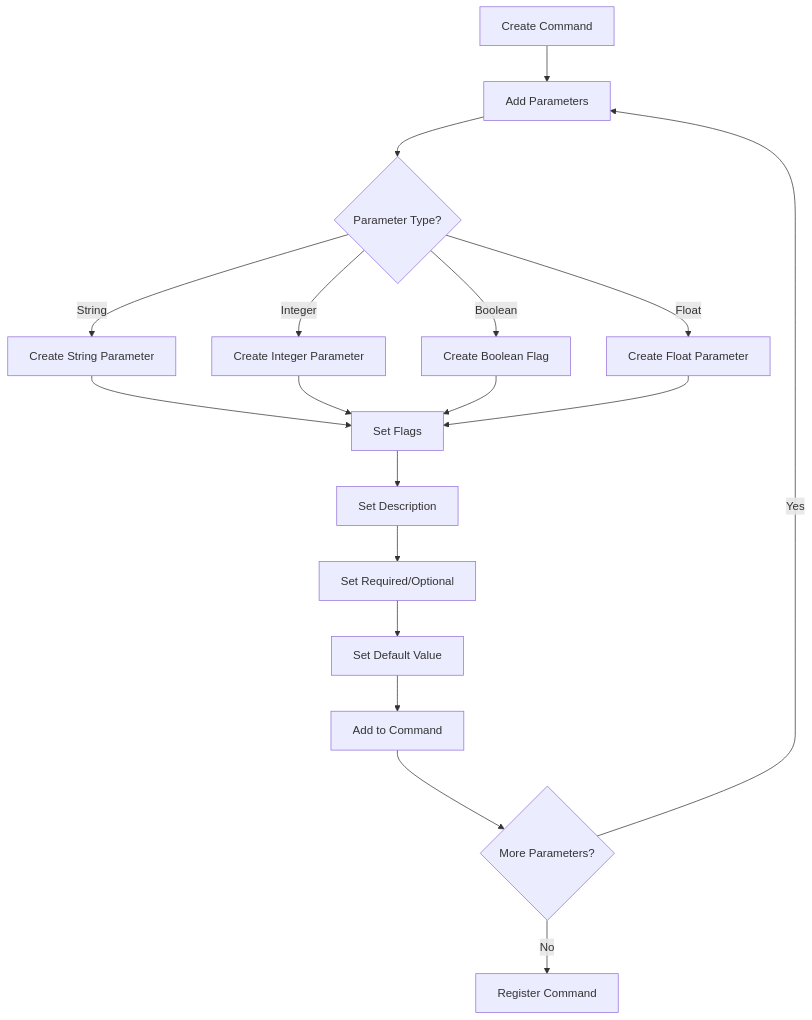
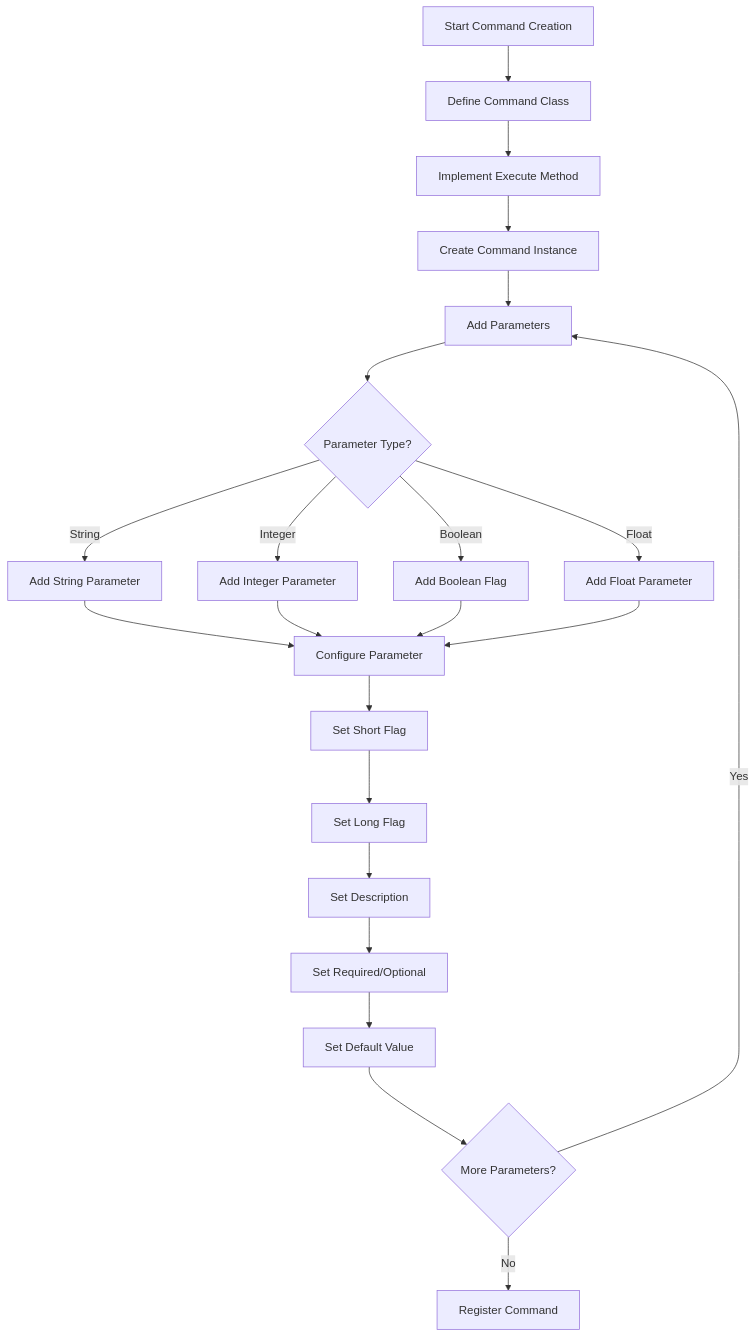
The second of 2 diagrams in docs/user-manual.md (ikelaiah/cli-fp), drawn with Mermaid before and after one commit. The commit also changed other lines of this file and 1 other file, not shown here.

Commit message:
Update - Final changes, maybe?

````diff
--- a/docs/user-manual.md
+++ b/docs/user-manual.md
@@ -74,20 +80,24 @@
 ```mermaid
 flowchart TD
-    A[Create Command] --> B[Add Parameters]
-    B --> C{Parameter Type?}
-    C -->|String| D[Create String Parameter]
-    C -->|Integer| E[Create Integer Parameter]
-    C -->|Boolean| F[Create Boolean Flag]
-    C -->|Float| G[Create Float Parameter]
-    D --> H[Set Flags]
-    E --> H
-    F --> H
-    G --> H
-    H --> I[Set Description]
-    I --> J[Set Required/Optional]
-    J --> K[Set Default Value]
-    K --> L[Add to Command]
-    L --> M{More Parameters?}
-    M -->|Yes| B
-    M -->|No| N[Register Command]
+    A[Start Command Creation] --> B[Define Command Class]
+    B --> C[Implement Execute Method]
+    C --> D[Create Command Instance]
+    D --> E[Add Parameters]
+    E --> F{Parameter Type?}
+    F -->|String| G[Add String Parameter]
+    F -->|Integer| H[Add Integer Parameter]
+    F -->|Boolean| I[Add Boolean Flag]
+    F -->|Float| J[Add Float Parameter]
+    G --> K[Configure Parameter]
+    H --> K
+    I --> K
+    J --> K
+    K --> L[Set Short Flag]
+    L --> M[Set Long Flag]
+    M --> N[Set Description]
+    N --> O[Set Required/Optional]
+    O --> P[Set Default Value]
+    P --> Q{More Parameters?}
+    Q -->|Yes| E
+    Q -->|No| R[Register Command]
 ```
````
